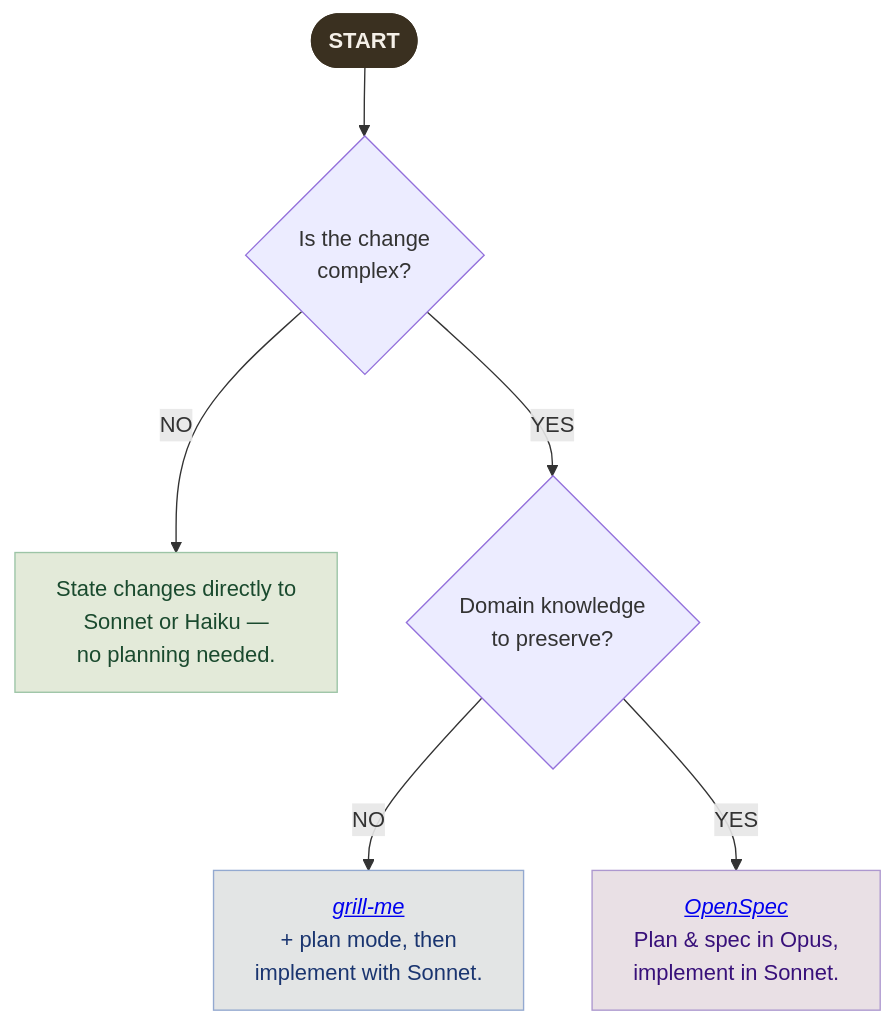
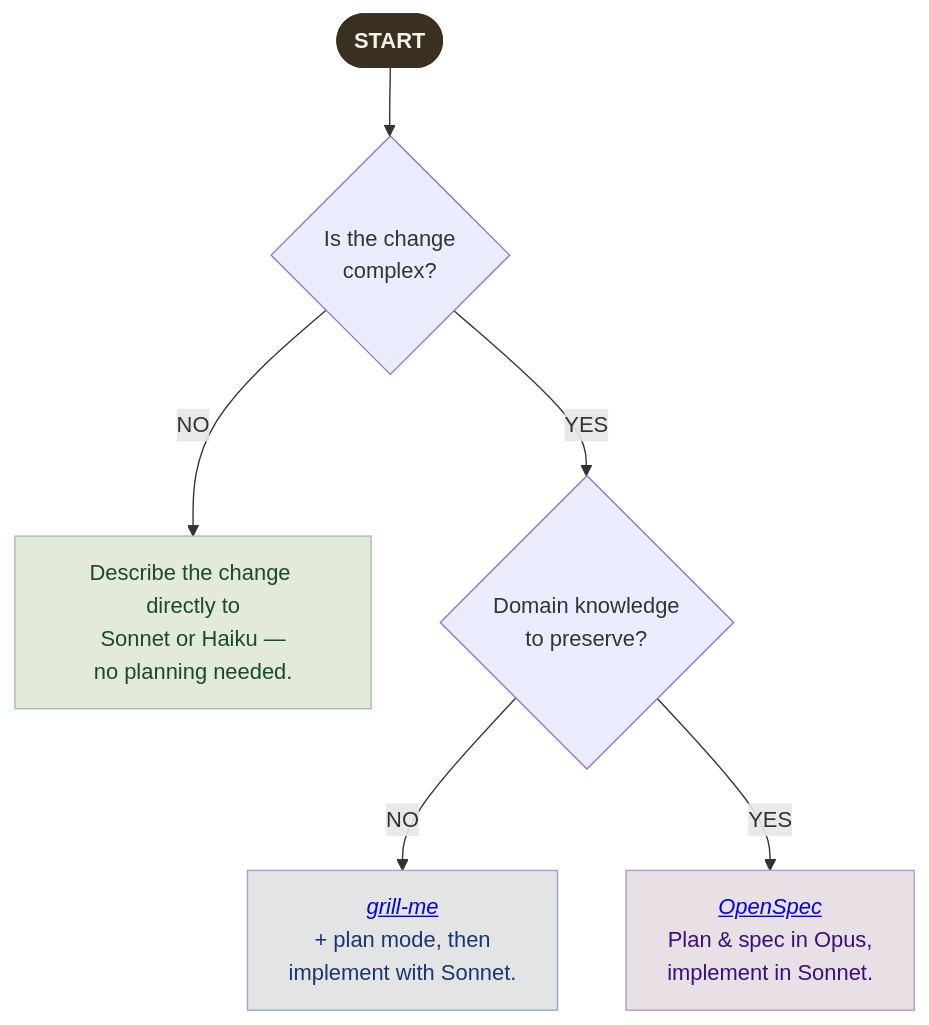
One commit to nimbus-tech-io/public-docs changed the diagram in using-claude.md. Above: the diagram before and after it, drawn with Mermaid. The commit also changed other lines of this file, not shown here.

````diff
--- a/using-claude.md
+++ b/using-claude.md
@@ -29,17 +38,17 @@
 ```mermaid
 flowchart TD
     start(["<span style='color:#f5f0e8;font-weight:700;letter-spacing:.5px'>START</span>"]) --> q1{Is the change<br/>complex?}
-    q1 -- NO --> direct[State changes directly to<br/>Sonnet or Haiku —<br/>no planning needed.]
+    q1 -- NO --> direct[Describe the change directly to<br/>Sonnet or Haiku —<br/>no planning needed.]
     q1 -- YES --> q2{Domain knowledge<br/>to preserve?}
     q2 -- NO --> grill["<a href='https://www.aihero.dev/my-grill-me-skill-has-gone-viral'><i>grill-me</i></a><br/>+ plan mode, then<br/>implement with Sonnet."]
     q2 -- YES --> openspec["<a href='https://github.com/Fission-AI/OpenSpec/'><i>OpenSpec</i></a><br/>Plan & spec in Opus,<br/>implement in Sonnet."]
 
     classDef startNode fill:#3a3020,stroke:#3a3020,color:#f5f0e8,font-weight:700
     classDef green fill:#e3ead9,stroke:#9cc4a6,color:#1a4a2e
     classDef blue fill:#e3e5e5,stroke:#93a9d0,color:#1a3570
     classDef purple fill:#e9e0e5,stroke:#ad98cf,color:#38107a
     class start startNode
     class direct green
     class grill blue
     class openspec purple
 ```
````
